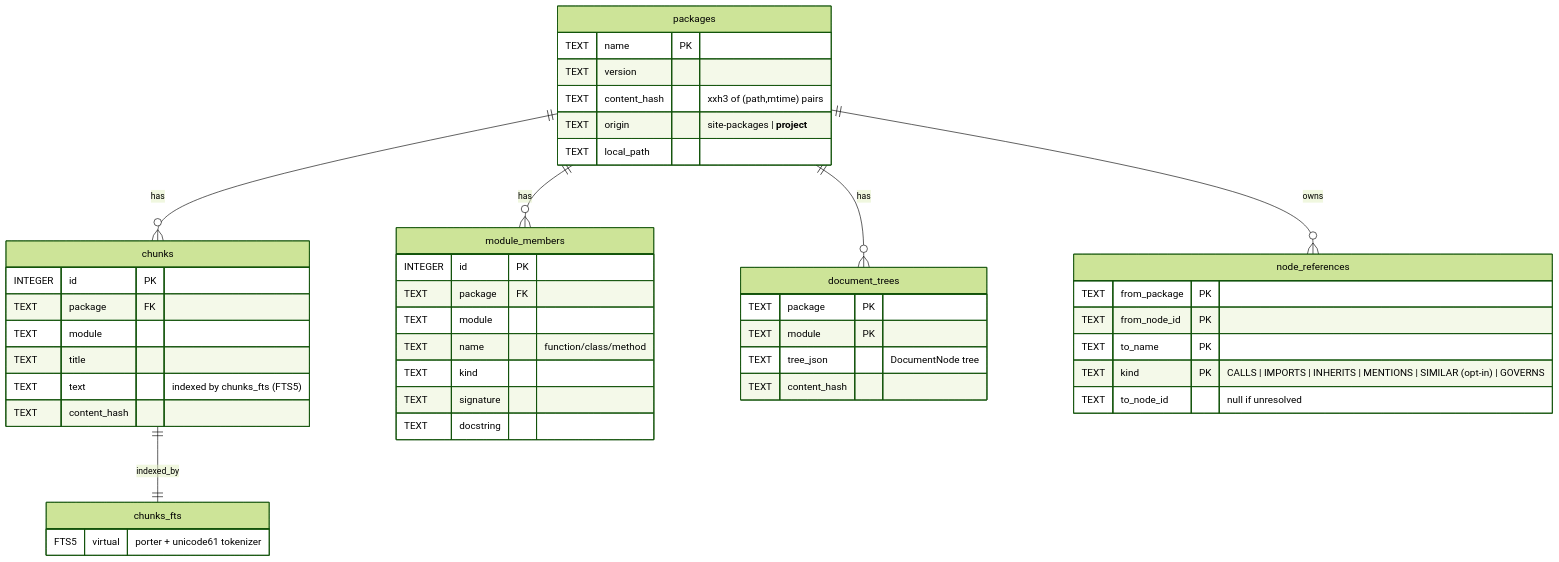
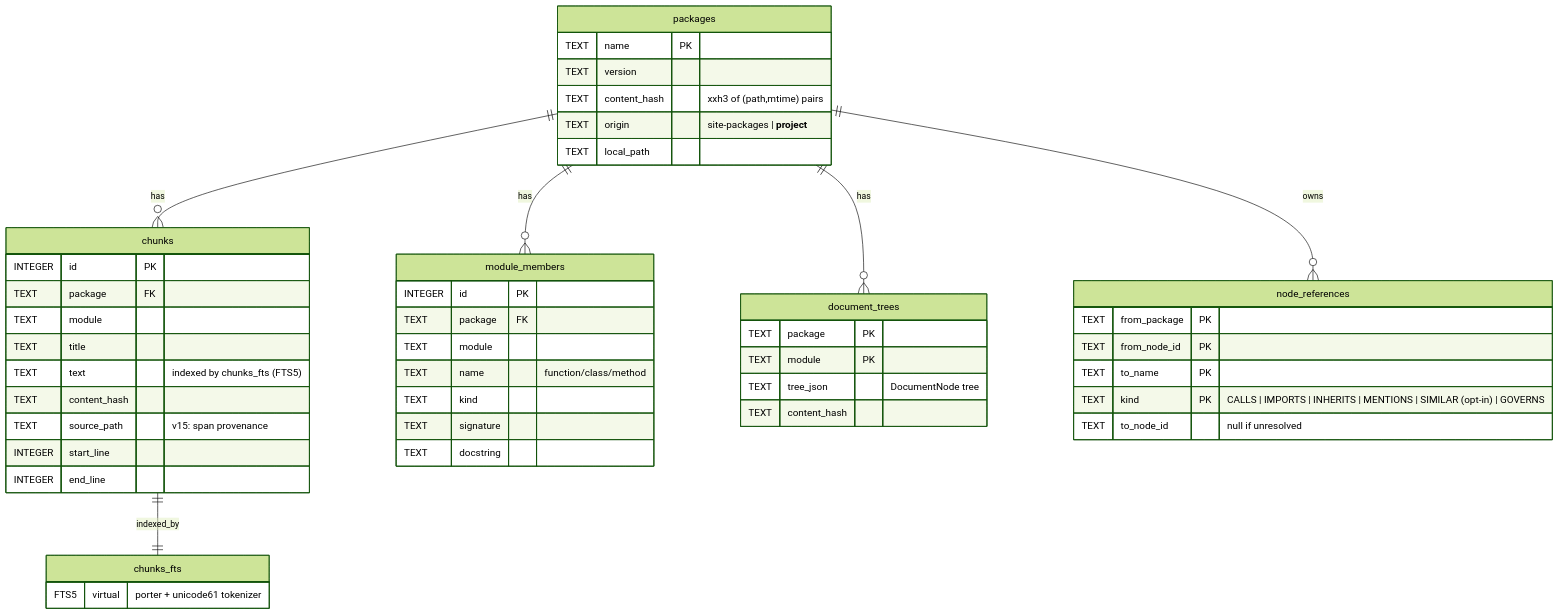
Before and after one commit to msobroza/pydocs-mcp: the diagram in DOCUMENTATION.md, drawn with Mermaid (forest theme). The commit also changed other lines of this file and 7 other files, not shown here.

````diff
--- a/DOCUMENTATION.md
+++ b/DOCUMENTATION.md
@@ -825,48 +826,51 @@
 ```mermaid
 erDiagram
     packages {
         TEXT name PK
         TEXT version
         TEXT content_hash "xxh3 of (path,mtime) pairs"
         TEXT origin "site-packages | __project__"
         TEXT local_path
     }
     chunks {
         INTEGER id PK
         TEXT package FK
         TEXT module
         TEXT title
         TEXT text "indexed by chunks_fts (FTS5)"
         TEXT content_hash
+        TEXT source_path "v15: span provenance"
+        INTEGER start_line
+        INTEGER end_line
     }
     chunks_fts {
         FTS5 virtual "porter + unicode61 tokenizer"
     }
     module_members {
         INTEGER id PK
         TEXT package FK
         TEXT module
         TEXT name "function/class/method"
         TEXT kind
         TEXT signature
         TEXT docstring
     }
     document_trees {
         TEXT package PK
         TEXT module PK
         TEXT tree_json "DocumentNode tree"
         TEXT content_hash
     }
     node_references {
         TEXT from_package PK
         TEXT from_node_id PK
         TEXT to_name PK
         TEXT kind PK "CALLS | IMPORTS | INHERITS | MENTIONS | SIMILAR (opt-in) | GOVERNS"
         TEXT to_node_id "null if unresolved"
     }
     packages ||--o{ chunks                : has
     packages ||--o{ module_members        : has
     packages ||--o{ document_trees        : has
     packages ||--o{ node_references       : owns
     chunks   ||--|| chunks_fts            : indexed_by
 ```
````
